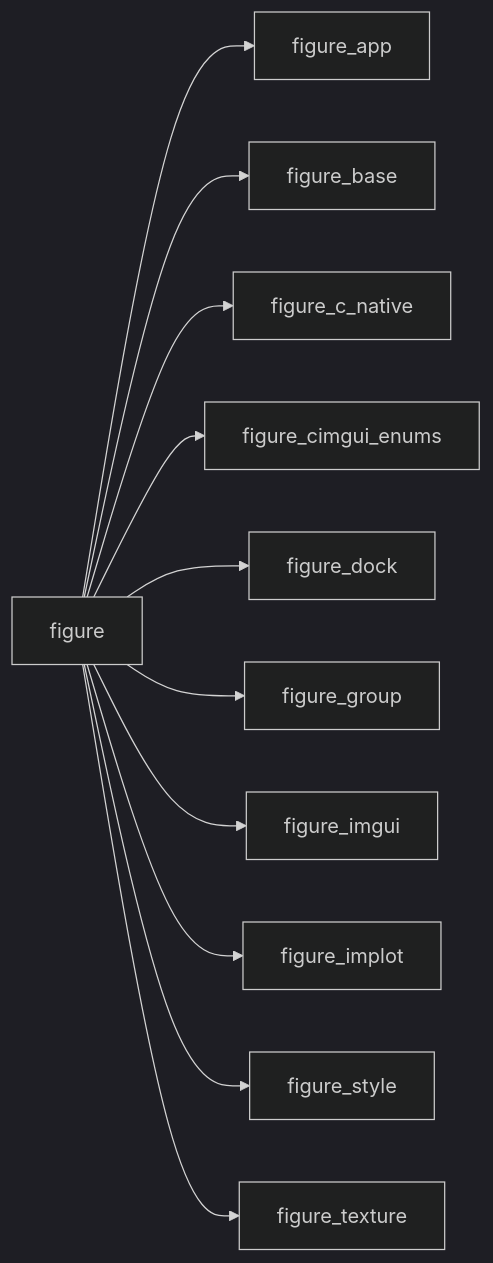
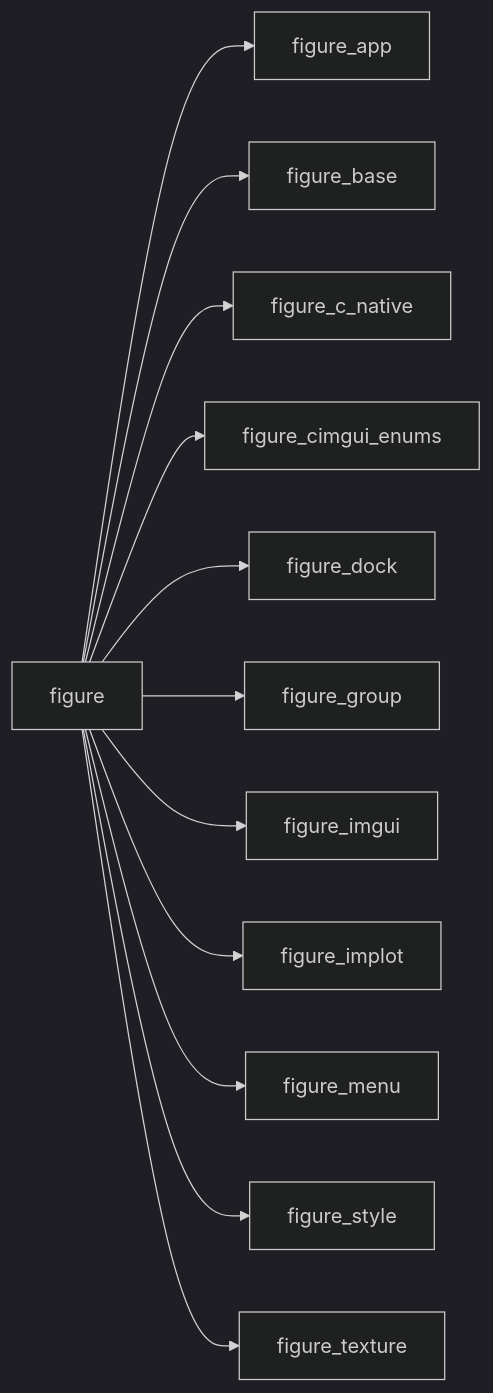
Before and after one commit to szaghi/figure: the diagram in docs/api/src/lib/figure.md, drawn with Mermaid (dark theme). The commit also changed other lines of this file and 26 other files, not shown here.

````diff
--- a/docs/api/src/lib/figure.md
+++ b/docs/api/src/lib/figure.md
@@ -18,13 +19,14 @@
 ```mermaid
 graph LR
   figure["figure"] --> figure_app["figure_app"]
   figure["figure"] --> figure_base["figure_base"]
   figure["figure"] --> figure_c_native["figure_c_native"]
   figure["figure"] --> figure_cimgui_enums["figure_cimgui_enums"]
   figure["figure"] --> figure_dock["figure_dock"]
   figure["figure"] --> figure_group["figure_group"]
   figure["figure"] --> figure_imgui["figure_imgui"]
   figure["figure"] --> figure_implot["figure_implot"]
+  figure["figure"] --> figure_menu["figure_menu"]
   figure["figure"] --> figure_style["figure_style"]
   figure["figure"] --> figure_texture["figure_texture"]
 ```
````
